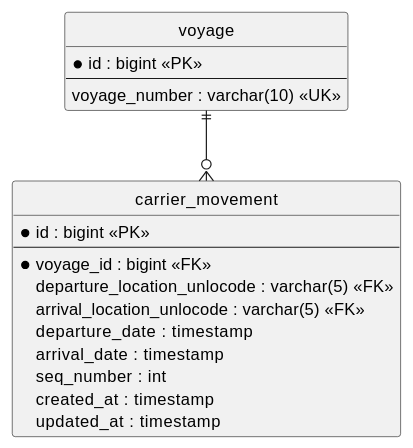
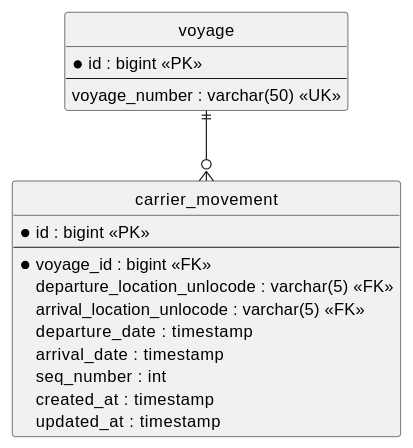
One commit to k2works/case-study-cargo-tracker changed the sixth of 10 diagrams in docs/development/iteration_plan-1.md. Above: the diagram before and after it, drawn with PlantUML. The commit also changed other lines of this file, not shown here.

````diff
--- a/docs/development/iteration_plan-1.md
+++ b/docs/development/iteration_plan-1.md
@@ -362,26 +362,26 @@
 ```plantuml
 @startuml
 hide circle
 skinparam linetype ortho
 entity "voyage" as v {
     *id : bigint <<PK>>
     --
-    voyage_number : varchar(10) <<UK>>
+    voyage_number : varchar(50) <<UK>>
 }
 
 entity "carrier_movement" as cm {
     *id : bigint <<PK>>
     --
     *voyage_id : bigint <<FK>>
     departure_location_unlocode : varchar(5) <<FK>>
     arrival_location_unlocode : varchar(5) <<FK>>
     departure_date : timestamp
     arrival_date : timestamp
     seq_number : int
     created_at : timestamp
     updated_at : timestamp
 }
 
 v ||--o{ cm
 @enduml
 ```
````
